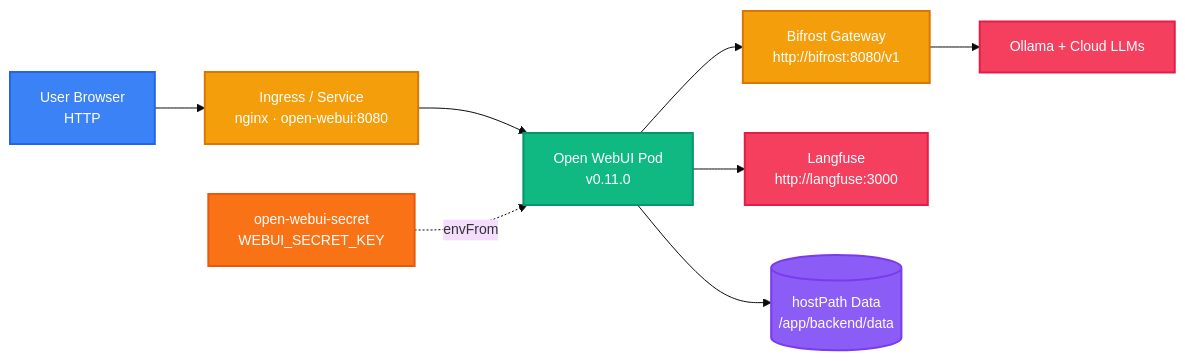
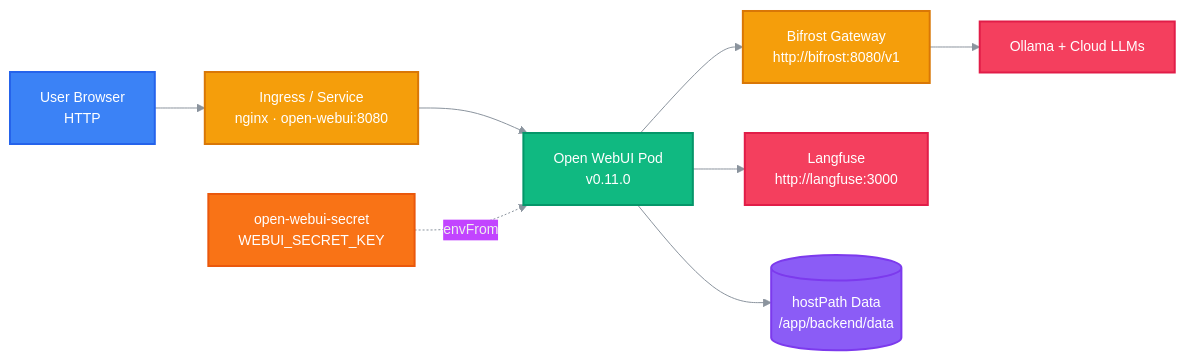
One commit to kairosys/open-webui changed the diagram in README.md. Above: the diagram before and after it, drawn with Mermaid.

Commit message:
Enhance architecture diagram in README.md with dark mode and color customization

````diff
--- a/README.md
+++ b/README.md
@@ -92,25 +92,33 @@
 ```mermaid
-%%{init: {'theme': 'base', 'themeVariables': {'fontSize': '14px'}}}%%
+%%{init: {
+  'theme': 'base',
+  'themeVariables': {
+    'fontSize': '14px',
+    'darkMode': true,
+    'lineColor': '#8B949E',
+    'textColor': '#E6EDF3'
+  }
+}}%%
 graph LR
     U[User Browser<br/>HTTP] --> I[Ingress / Service<br/>nginx · open-webui:8080]
     I --> P[Open WebUI Pod<br/>v0.11.0]
     P --> B[Bifrost Gateway<br/>http://bifrost:8080/v1]
     B --> O[Ollama + Cloud LLMs]
     P --> L[Langfuse<br/>http://langfuse:3000]
     P --> D[(hostPath Data<br/>/app/backend/data)]
     SEC[open-webui-secret<br/>WEBUI_SECRET_KEY] -. envFrom .-> P
 
     classDef client fill:#3B82F6,stroke:#2563EB,color:#fff,stroke-width:2px
     classDef gateway fill:#F59E0B,stroke:#D97706,color:#fff,stroke-width:2px
     classDef service fill:#10B981,stroke:#059669,color:#fff,stroke-width:2px
     classDef data fill:#8B5CF6,stroke:#7C3AED,color:#fff,stroke-width:2px
     classDef external fill:#F43F5E,stroke:#E11D48,color:#fff,stroke-width:2px
     classDef auth fill:#F97316,stroke:#EA580C,color:#fff,stroke-width:2px
 
     class U client
     class I,B gateway
     class P service
     class D data
     class O,L external
     class SEC auth
 ```
````
